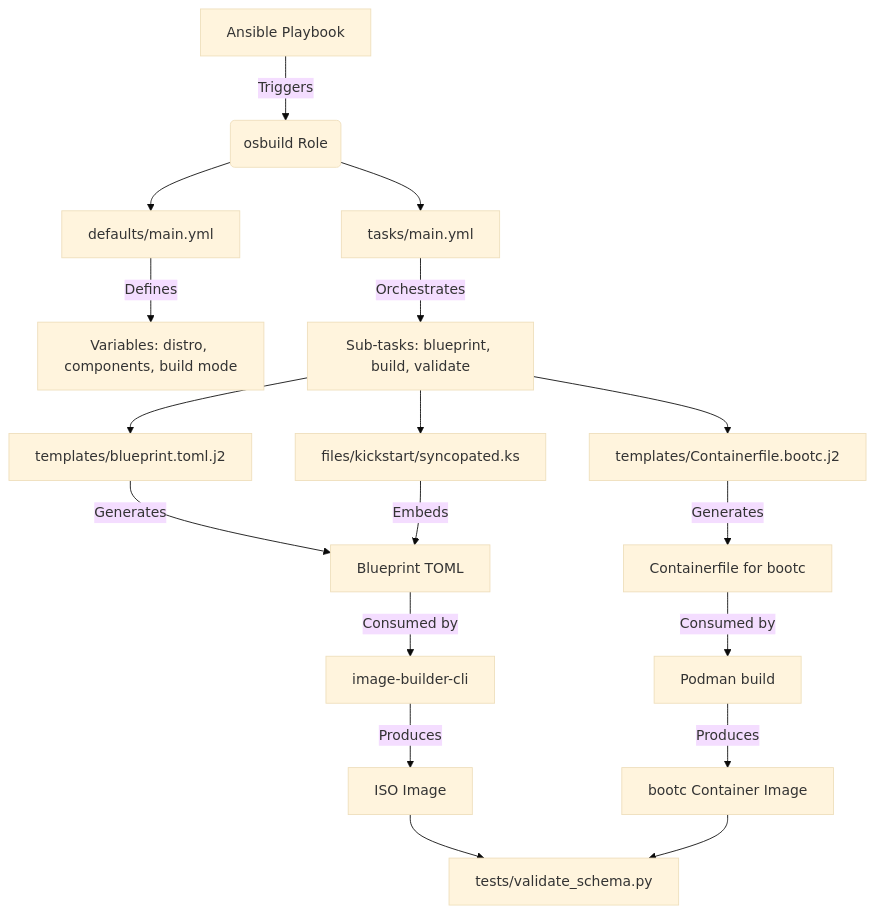
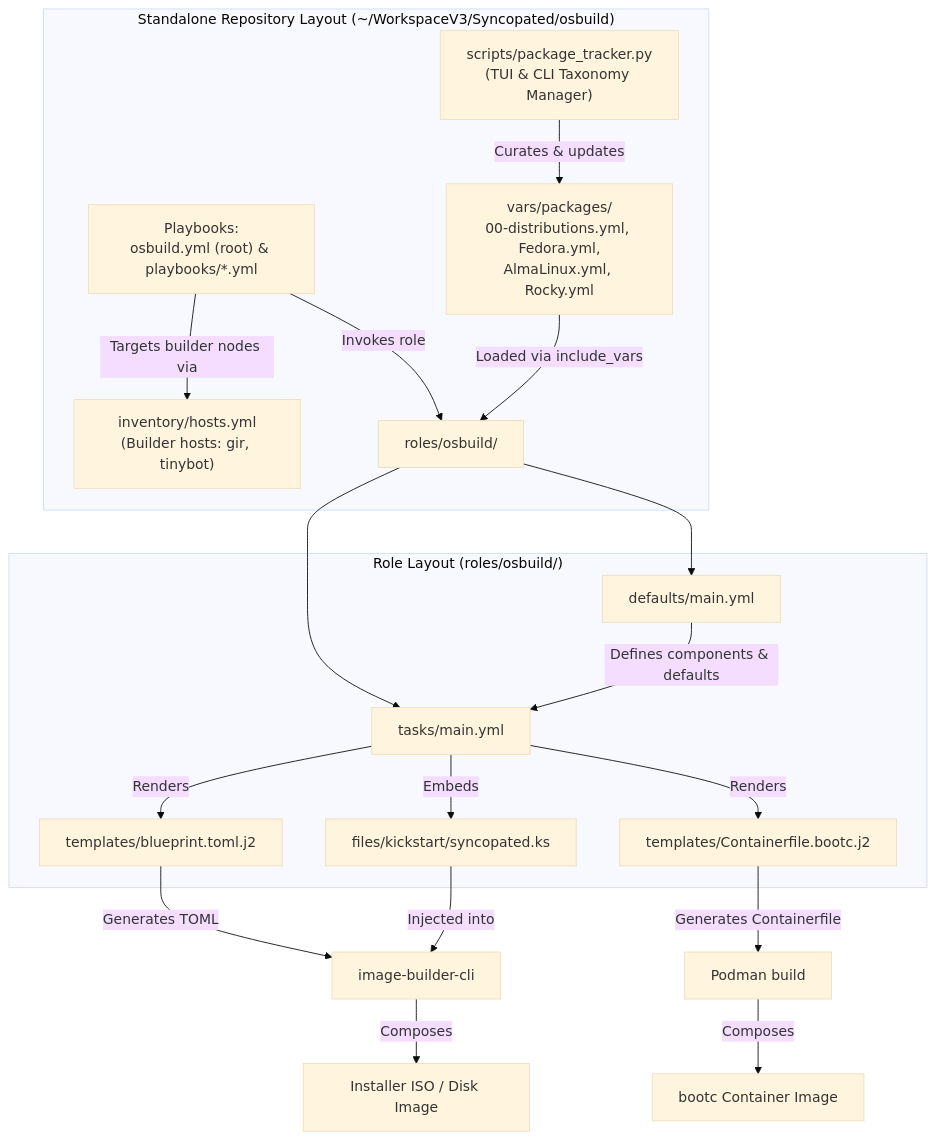
One commit to b08x/osbuild changed the diagram in roles/osbuild/.zread/wiki/versions/2026-10-03-135644/4-repository-structure-and-key-files-explained.md. Above: the diagram before and after it, drawn with Mermaid (base theme). The commit also changed other lines of this file and 7 other files, not shown here.

Commit message:
docs(wiki): update 2026-10-03-135644 documentation for standalone repo extraction and package tracker TUI

````diff
--- a/roles/osbuild/.zread/wiki/versions/2026-10-03-135644/4-repository-structure-and-key-files-explained.md
+++ b/roles/osbuild/.zread/wiki/versions/2026-10-03-135644/4-repository-structure-and-key-files-explained.md
@@ -17,20 +18,30 @@
 ```mermaid
 flowchart TD
-    A[Ansible Playbook] -->|Triggers| B(osbuild Role)
-    B --> C[defaults/main.yml]
-    B --> D[tasks/main.yml]
-    C -->|Defines| E[Variables: distro, components, build mode]
-    D -->|Orchestrates| F[Sub-tasks: blueprint, build, validate]
-    F --> G[templates/blueprint.toml.j2]
-    F --> H[files/kickstart/syncopated.ks]
-    F --> I[templates/Containerfile.bootc.j2]
-    G -->|Generates| J[Blueprint TOML]
-    H -->|Embeds| J
-    I -->|Generates| K[Containerfile for bootc]
-    J -->|Consumed by| L[image-builder-cli]
-    K -->|Consumed by| M[Podman build]
-    L -->|Produces| N[ISO Image]
-    M -->|Produces| O[bootc Container Image]
-    N --> P[tests/validate_schema.py]
-    O --> P
+    subgraph RepoRoot["Standalone Repository Layout (~/WorkspaceV3/Syncopated/osbuild)"]
+        Tracker["scripts/package_tracker.py<br/>(TUI & CLI Taxonomy Manager)"]
+        Taxonomy["vars/packages/<br/>00-distributions.yml, Fedora.yml,<br/>AlmaLinux.yml, Rocky.yml"]
+        Playbooks["Playbooks:<br/>osbuild.yml (root) & playbooks/*.yml"]
+        Inventory["inventory/hosts.yml<br/>(Builder hosts: gir, tinybot)"]
+        
+        Tracker -->|Curates & updates| Taxonomy
+        Playbooks -->|Targets builder nodes via| Inventory
+        Playbooks -->|Invokes role| RoleDir["roles/osbuild/"]
+        Taxonomy -->|Loaded via include_vars| RoleDir
+    end
+
+    subgraph RoleLayout["Role Layout (roles/osbuild/)"]
+        RoleDir --> Defaults["defaults/main.yml"]
+        RoleDir --> Tasks["tasks/main.yml"]
+        Defaults -->|Defines components & defaults| Tasks
+        Tasks -->|Renders| BlueprintTmpl["templates/blueprint.toml.j2"]
+        Tasks -->|Embeds| KickstartFile["files/kickstart/syncopated.ks"]
+        Tasks -->|Renders| BootcTmpl["templates/Containerfile.bootc.j2"]
+    end
+
+    BlueprintTmpl -->|Generates TOML| BuilderCLI["image-builder-cli"]
+    KickstartFile -->|Injected into| BuilderCLI
+    BootcTmpl -->|Generates Containerfile| PodmanBuild["Podman build"]
+
+    BuilderCLI -->|Composes| OutputISO["Installer ISO / Disk Image"]
+    PodmanBuild -->|Composes| OutputBootc["bootc Container Image"]
 ```
````
